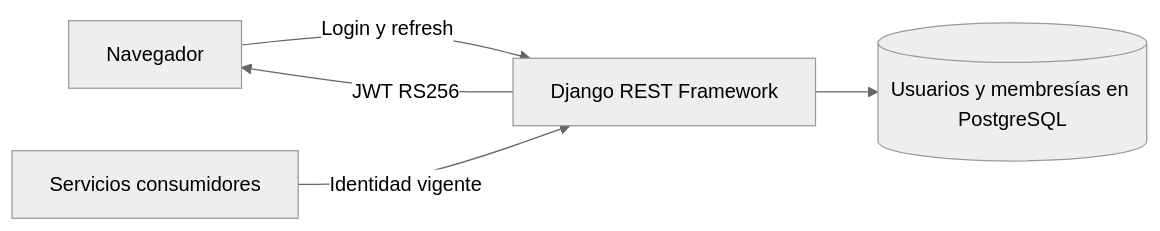
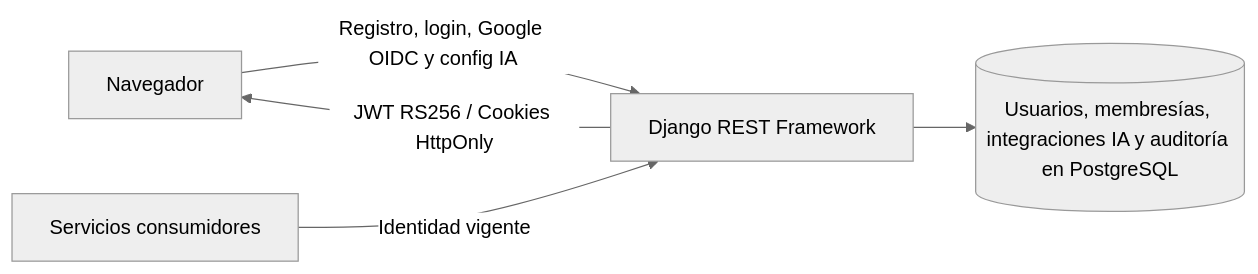
The diagram in backend/AuthServices/README.md (Blandskron/AgenteIADocumental), drawn with Mermaid (neutral theme) before and after one commit. The commit also changed other lines of this file and 17 other files, not shown here.

````diff
--- a/backend/AuthServices/README.md
+++ b/backend/AuthServices/README.md
@@ -7,7 +7,7 @@
 ```mermaid
 flowchart LR
-    web["Navegador"] -->|"Login y refresh"| auth["Django REST Framework"]
-    auth -->|"JWT RS256"| web
+    web["Navegador"] -->|"Registro, login, Google OIDC y config IA"| auth["Django REST Framework"]
+    auth -->|"JWT RS256 / Cookies HttpOnly"| web
     services["Servicios consumidores"] -->|"Identidad vigente"| auth
-    auth --> db[("Usuarios y membresías en PostgreSQL")]
+    auth --> db[("Usuarios, membresías, integraciones IA y auditoría en PostgreSQL")]
 ```
````
